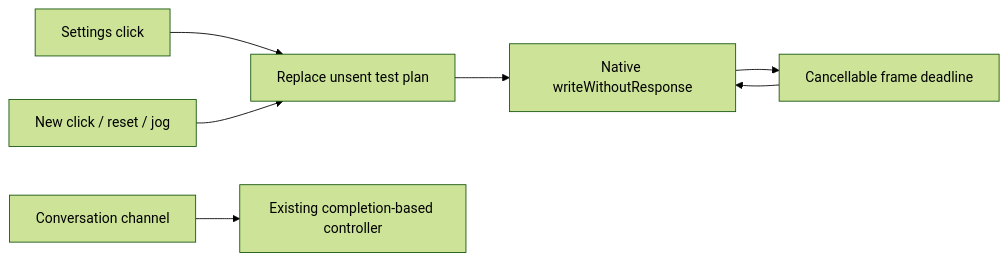
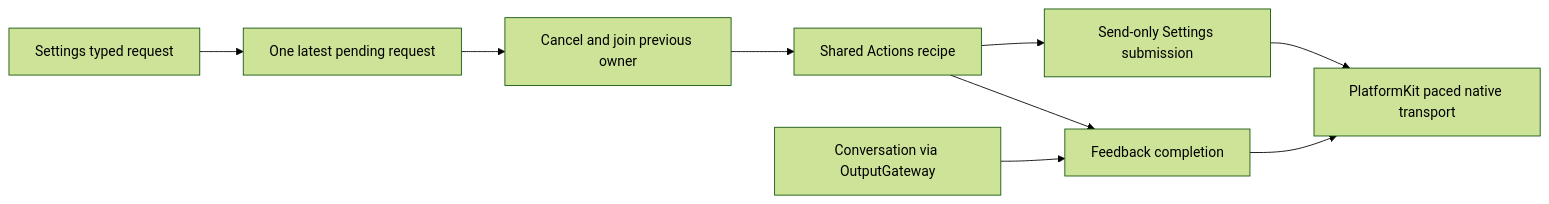
The fourth of 5 diagrams in MobileHarness/App/Workflows/README.md (devilyouwei/MobileHarness), drawn with Mermaid (forest theme) before and after one commit. The commit also changed other lines of this file and 70 other files, not shown here.

````diff
--- a/MobileHarness/App/Workflows/README.md
+++ b/MobileHarness/App/Workflows/README.md
@@ -172,9 +126,11 @@
 ```mermaid
 flowchart LR
-    Click[Settings click] --> Replace[Replace unsent test plan]
-    Replace --> Live[Native writeWithoutResponse]
-    Live --> Clock[Cancellable frame deadline]
-    Clock --> Live
-    Next[New click / reset / jog] --> Replace
-    Channel[Conversation channel] --> Feedback[Existing completion-based controller]
+    Click[Settings typed request] --> Slot[One latest pending request]
+    Slot --> Join[Cancel and join previous owner]
+    Join --> Recipe[Shared Actions recipe]
+    Recipe --> Manual[Send-only Settings submission]
+    Channel[Conversation via OutputGateway] --> Complete[Feedback completion]
+    Recipe --> Complete
+    Manual --> BLE[PlatformKit paced native transport]
+    Complete --> BLE
 ```
````
